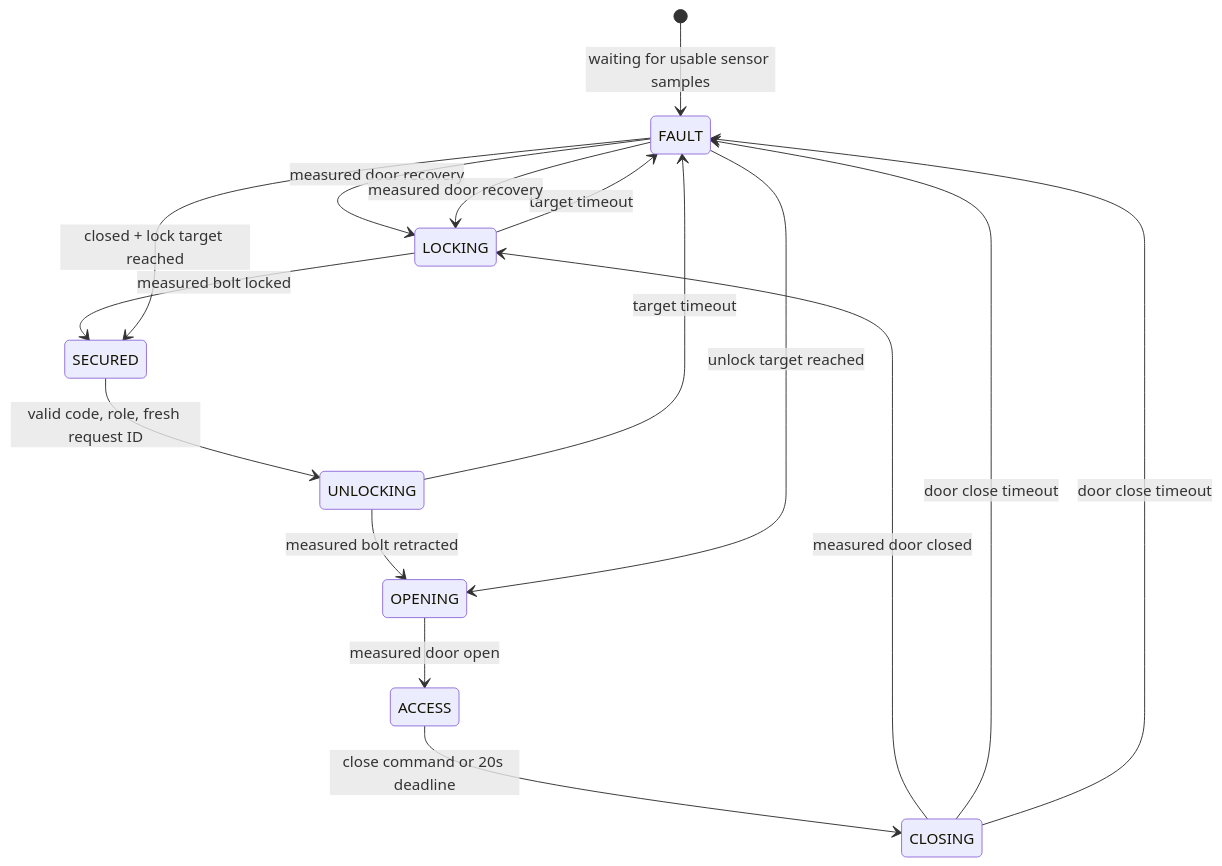
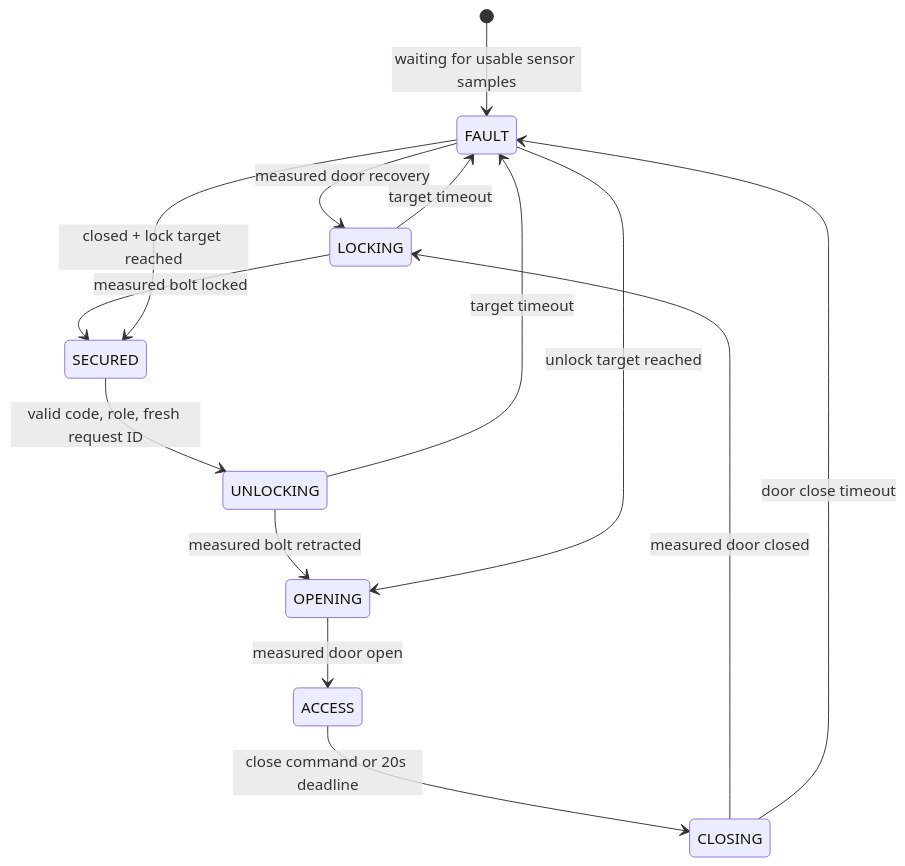
The second of 2 diagrams in DESIGN.md (joejimenez-lab/parcel-guard-webots), drawn with Mermaid before and after one commit. The commit also changed other lines of this file and 87 other files, not shown here.

````diff
--- a/DESIGN.md
+++ b/DESIGN.md
@@ -33,18 +33,16 @@
 ```mermaid
 stateDiagram-v2
     [*] --> FAULT: waiting for usable sensor samples
     SECURED --> UNLOCKING: valid code, role, fresh request ID
     UNLOCKING --> OPENING: measured bolt retracted
     OPENING --> ACCESS: measured door open
     ACCESS --> CLOSING: close command or 20s deadline
     CLOSING --> LOCKING: measured door closed
     LOCKING --> SECURED: measured bolt locked
     UNLOCKING --> FAULT: target timeout
     CLOSING --> FAULT: door close timeout
     FAULT --> LOCKING: measured door recovery
     LOCKING --> FAULT: target timeout
-    CLOSING --> FAULT: door close timeout
-    FAULT --> LOCKING: measured door recovery
     FAULT --> OPENING: unlock target reached
     FAULT --> SECURED: closed + lock target reached
 ```
````
